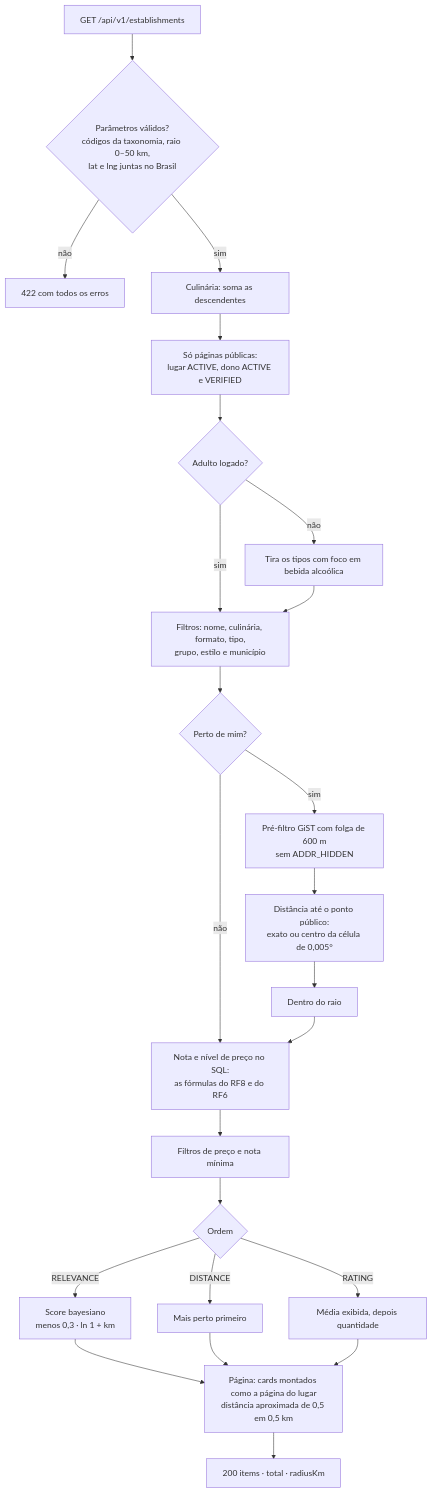
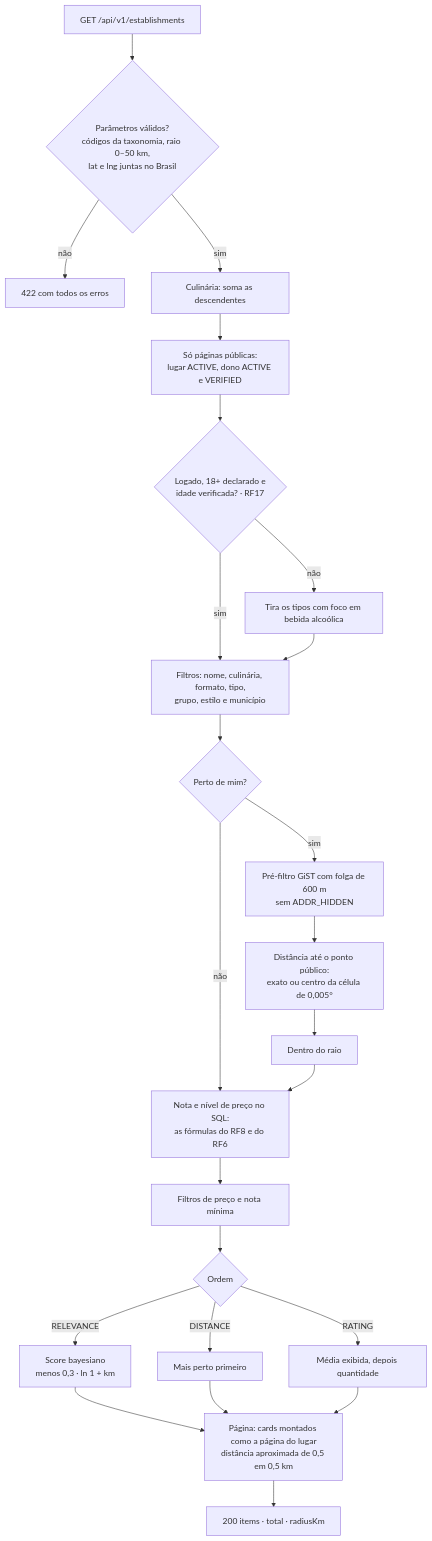
Before and after one commit to MatheusHaliski/Friendly-Eats: the diagram in docs/RF10/atividades.md, drawn with Mermaid. The commit also changed 71 other files, not shown here.

````diff
--- a/docs/RF10/atividades.md
+++ b/docs/RF10/atividades.md
@@ -3,24 +3,24 @@
 ```mermaid
 flowchart TD
     A[GET /api/v1/establishments] --> V{Parâmetros válidos?<br/>códigos da taxonomia, raio 0–50 km,<br/>lat e lng juntas no Brasil}
     V -- não --> E[422 com todos os erros]
     V -- sim --> X[Culinária: soma as descendentes]
     X --> P[Só páginas públicas:<br/>lugar ACTIVE, dono ACTIVE e VERIFIED]
-    P --> AD{Adulto logado?}
+    P --> AD{Logado, 18+ declarado e<br/>idade verificada? · RF17}
     AD -- não --> NA[Tira os tipos com foco em bebida alcoólica]
     AD -- sim --> F
     NA --> F[Filtros: nome, culinária, formato, tipo,<br/>grupo, estilo e município]
     F --> G{Perto de mim?}
     G -- sim --> R[Pré-filtro GiST com folga de 600 m<br/>sem ADDR_HIDDEN]
     R --> D[Distância até o ponto público:<br/>exato ou centro da célula de 0,005°]
     D --> RAIO[Dentro do raio]
     G -- não --> AGG
     RAIO --> AGG[Nota e nível de preço no SQL:<br/>as fórmulas do RF8 e do RF6]
     AGG --> PF[Filtros de preço e nota mínima]
     PF --> O{Ordem}
     O -- RELEVANCE --> O1[Score bayesiano<br/>menos 0,3 · ln 1 + km]
     O -- DISTANCE --> O2[Mais perto primeiro]
     O -- RATING --> O3[Média exibida, depois quantidade]
     O1 & O2 & O3 --> C[Página: cards montados como a página do lugar<br/>distância aproximada de 0,5 em 0,5 km]
     C --> OK[200 items · total · radiusKm]
 ```
````
